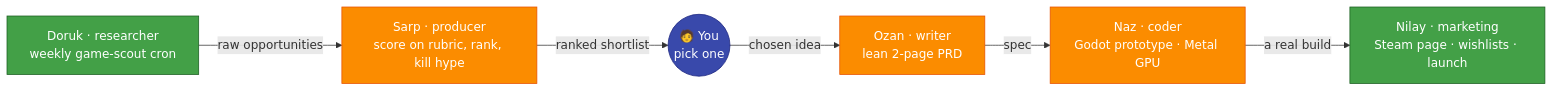
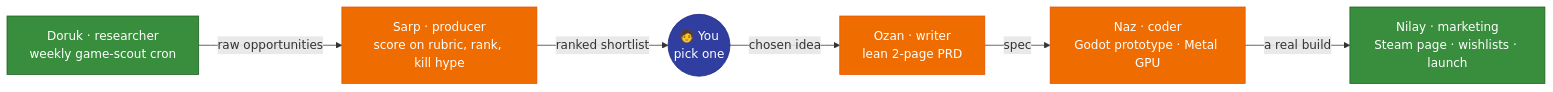
The second of 5 diagrams in README.md (mpolatcan/hermes-setup), drawn with Mermaid before and after one commit. The commit also changed other lines of this file and 9 other files, not shown here.

First line of the commit message:
docs: unify mermaid palette to Material Design (legible contrast)

````diff
--- a/README.md
+++ b/README.md
@@ -102,13 +102,13 @@
 ```mermaid
 flowchart LR
     scout["Doruk · researcher<br/>weekly game-scout cron"]:::gen
       -->|raw opportunities| score["Sarp · producer<br/>score on rubric, rank, kill hype"]:::studio
       -->|ranked shortlist| pick(("🧑 You<br/>pick one")):::user
     pick -->|chosen idea| prd["Ozan · writer<br/>lean 2-page PRD"]:::studio
       -->|spec| build["Naz · coder<br/>Godot prototype · Metal GPU"]:::studio
     build -->|a real build| gtm["Nilay · marketing<br/>Steam page · wishlists · launch"]:::gen2
-    classDef gen fill:#43A047,stroke:#1B5E20,color:#fff
-    classDef gen2 fill:#43A047,stroke:#1B5E20,color:#fff
-    classDef studio fill:#FB8C00,stroke:#E65100,color:#fff
-    classDef user fill:#3949AB,stroke:#1A237E,color:#fff
+    classDef gen fill:#388E3C,stroke:#1B5E20,color:#fff
+    classDef gen2 fill:#388E3C,stroke:#1B5E20,color:#fff
+    classDef studio fill:#EF6C00,stroke:#E65100,color:#fff
+    classDef user fill:#303F9F,stroke:#1A237E,color:#fff
 ```
````
